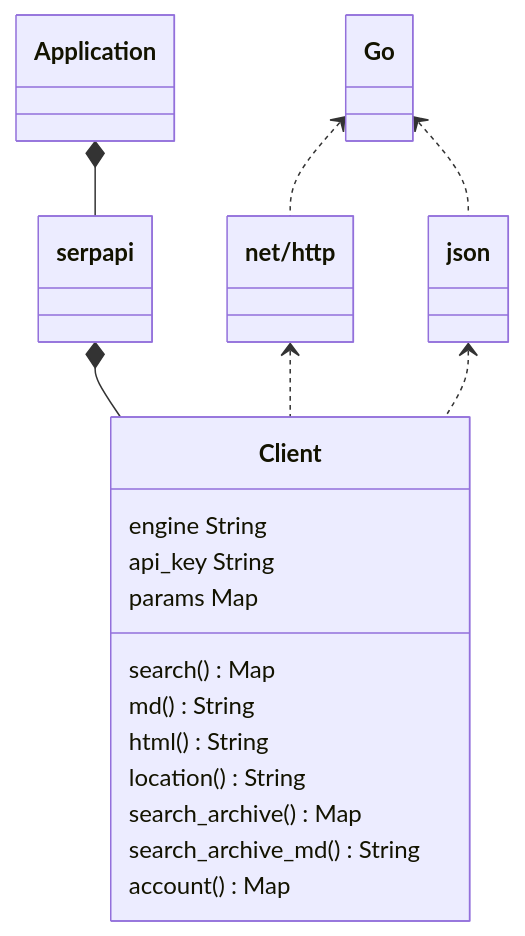
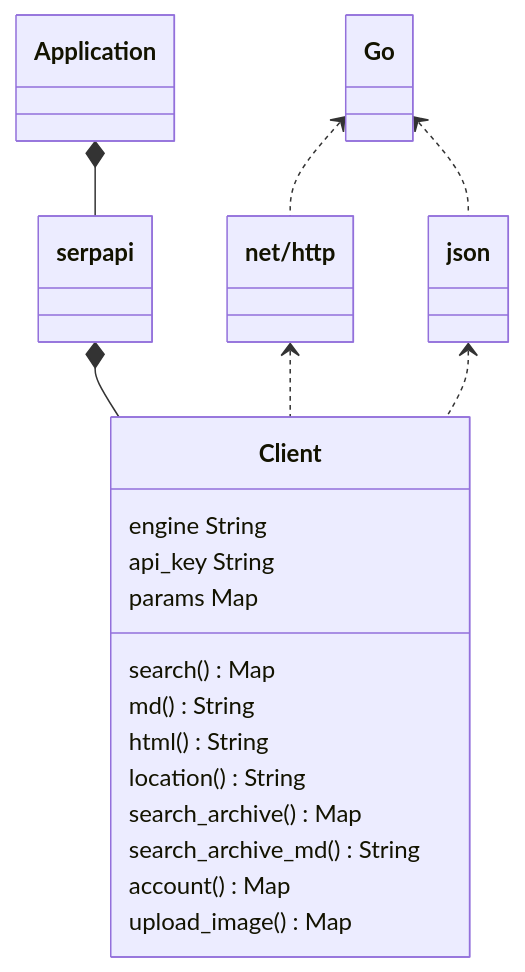
One commit to serpapi/serpapi-golang changed the first of 2 diagrams in README.md. Above: the diagram before and after it, drawn with Mermaid. The commit also changed other lines of this file and 5 other files, not shown here.

First line of the commit message:
Fix v1.4.0 upload_image review findings (F7, F8, D1, D3, D7)

````diff
--- a/README.md
+++ b/README.md
@@ -2115,22 +2140,23 @@
 ```mermaid
 classDiagram
   Application *-- serpapi 
   serpapi *-- Client
   class Client {
     engine String
     api_key String
     params Map
     search() Map
     md() String
     html() String
     location() String
     search_archive() Map
     search_archive_md() String
     account() Map
+    upload_image() Map
   }
   class nethttp["net/http"]
   nethttp <.. Client
   json <.. Client
   Go <.. nethttp
   Go <.. json
 ```
````
